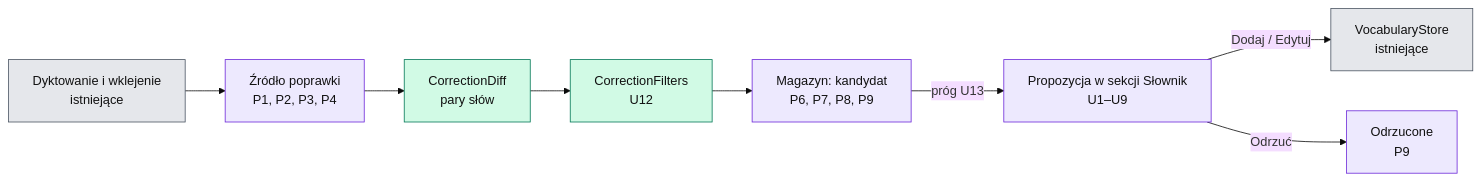
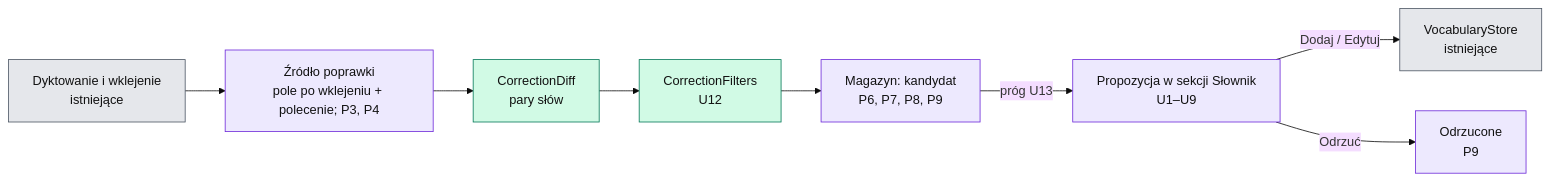
The first of 2 diagrams in .ai/specs/2026-11-20-dictation-vocabulary-auto-learn.md (mjozefiak/Pounce), drawn with Mermaid (base theme) before and after one commit. The commit also changed other lines of this file and 2 other files, not shown here.

````diff
--- a/.ai/specs/2026-11-20-dictation-vocabulary-auto-learn.md
+++ b/.ai/specs/2026-11-20-dictation-vocabulary-auto-learn.md
@@ -104,13 +112,13 @@
 ```mermaid
 flowchart LR
   classDef fixed fill:#d1fae5,color:#111,stroke:#047857
   classDef param fill:#ede9fe,color:#111,stroke:#6d28d9
   classDef existing fill:#e5e7eb,color:#111,stroke:#4b5563
-  A[Dyktowanie i wklejenie<br/>istniejące]:::existing --> B[Źródło poprawki<br/>P1, P2, P3, P4]:::param
+  A[Dyktowanie i wklejenie<br/>istniejące]:::existing --> B[Źródło poprawki<br/>pole po wklejeniu + polecenie; P3, P4]:::param
   B --> C[CorrectionDiff<br/>pary słów]:::fixed
   C --> D[CorrectionFilters<br/>U12]:::fixed
   D --> E[Magazyn: kandydat<br/>P6, P7, P8, P9]:::param
   E -->|próg U13| F[Propozycja w sekcji Słownik<br/>U1–U9]:::param
   F -->|Dodaj / Edytuj| G[VocabularyStore<br/>istniejące]:::existing
   F -->|Odrzuć| H[Odrzucone<br/>P9]:::param
 ```
````
